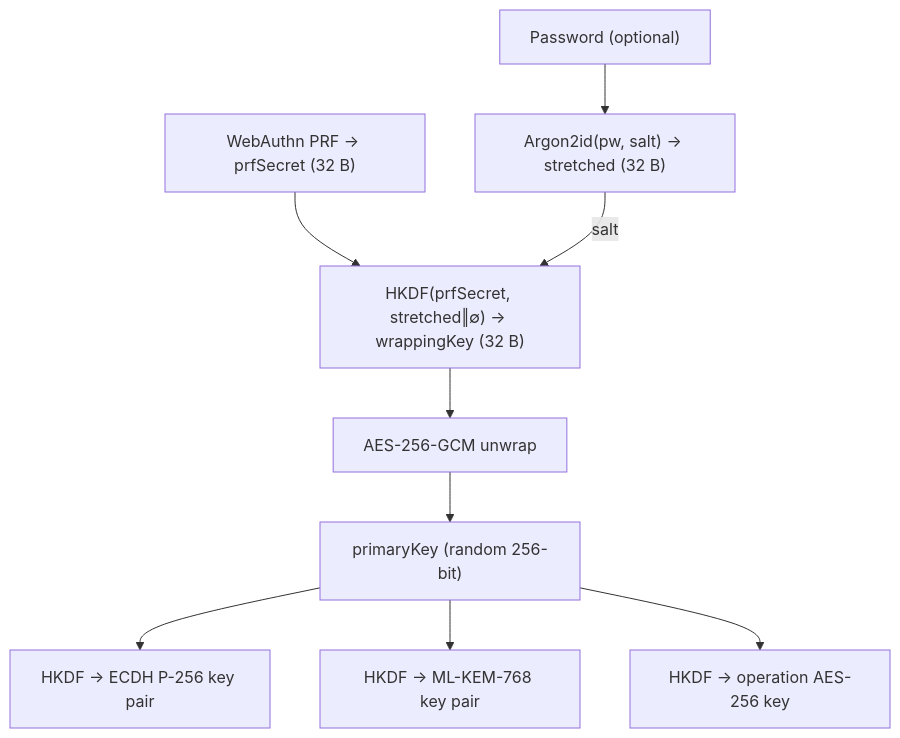
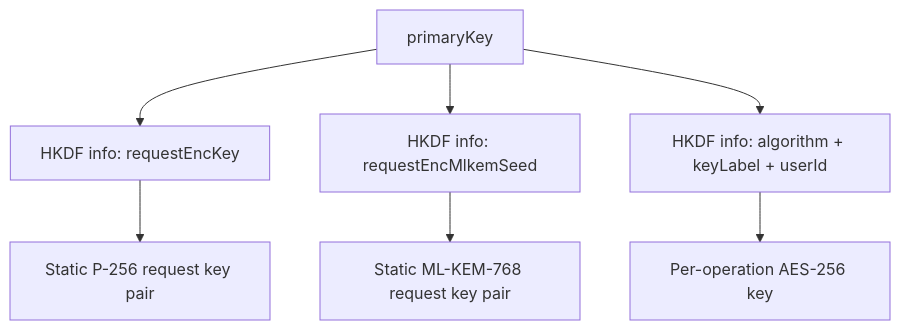
Before and after one commit to ItalyPaleAle/revaulter: the third of 9 diagrams in docs/06-crypto-architecture.md, drawn with Mermaid. The commit also changed other lines of this file and 1 other file, not shown here.

Commit message:
Updated doc with crypto architecture

````diff
--- a/docs/06-crypto-architecture.md
+++ b/docs/06-crypto-architecture.md
@@ -16,21 +229,9 @@
 ```mermaid
 flowchart TD
-    PRF["WebAuthn PRF → prfSecret (32 B)"]
-    PW["Password (optional)"]
-    A2["Argon2id(pw, salt) → stretched (32 B)"]
-    WK["HKDF(prfSecret, stretched‖∅) → wrappingKey (32 B)"]
-    UNWRAP["AES-256-GCM unwrap"]
-    PK["primaryKey (random 256-bit)"]
-    ECDH["HKDF → ECDH P-256 key pair"]
-    MLKEM["HKDF → ML-KEM-768 key pair"]
-    OP["HKDF → operation AES-256 key"]
-
-    PRF --> WK
-    PW --> A2
-    A2 -->|salt| WK
-    WK --> UNWRAP
-    UNWRAP --> PK
-    PK --> ECDH
-    PK --> MLKEM
-    PK --> OP
+    PK[primaryKey] --> HK1[HKDF info: requestEncKey]
+    PK --> HK2[HKDF info: requestEncMlkemSeed]
+    PK --> HK3[HKDF info: algorithm + keyLabel + userId]
+    HK1 --> ECDH[Static P-256 request key pair]
+    HK2 --> MLKEM[Static ML-KEM-768 request key pair]
+    HK3 --> OP[Per-operation AES-256 key]
 ```
````
